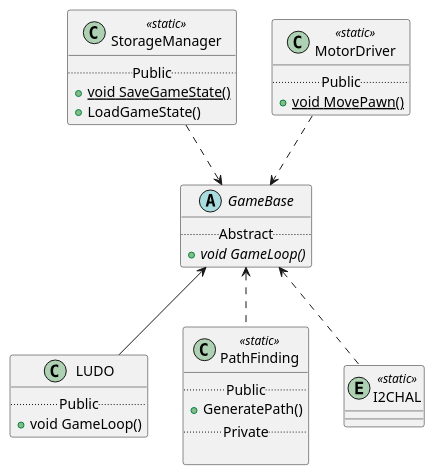
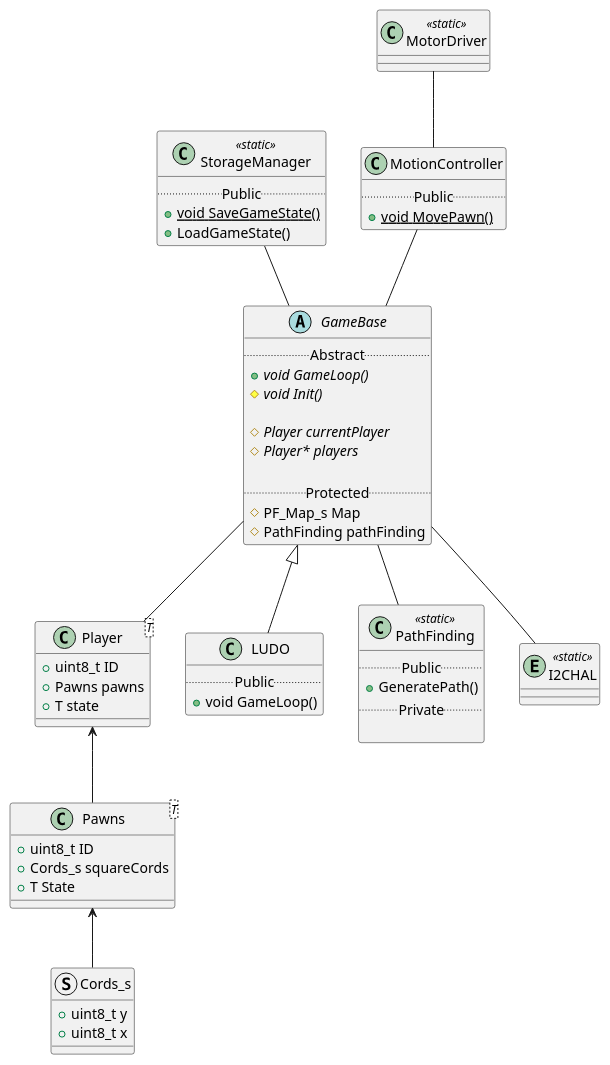
The diagram in documentation/classDiagram.plantuml (RemonZander/MTG), drawn with PlantUML before and after one commit.

Commit message:
updated class diagram

```diff
--- a/documentation/classDiagram.plantuml
+++ b/documentation/classDiagram.plantuml
@@ -1,43 +1,73 @@
 @startuml classDiagram
 abstract GameBase {
     .. Abstract ..
     {abstract} + void GameLoop()
+    {abstract} # void Init()
+
+    {abstract} # Player currentPlayer
+    {abstract} # Player* players
+
+    .. Protected ..
+    # PF_Map_s Map
+    # PathFinding pathFinding
 }
 
+class Player<T> {
+    + uint8_t ID
+    + Pawns pawns
+    + T state
+}
+
+class Pawns<T> {
+    + uint8_t ID
+    + Cords_s squareCords
+    + T State
+}
+
+struct Cords_s {
+    + uint8_t y
+    + uint8_t x
+}
 
 class LUDO {
     .. Public ..
     + void GameLoop()
 }
 
 
 class StorageManager <<static>> {
     .. Public ..
     {static} + void SaveGameState()
     + LoadGameState()
 }
 
 
-class MotorDriver <<static>> {
+class MotionController {
     .. Public ..
     {static} + void MovePawn()
+}
+
+class MotorDriver <<static>> {
+
 }
 
 class PathFinding <<static>> {
     .. Public ..
     + GeneratePath()
     .. Private ..
 
 }
 
 
 entity          I2CHAL <<static>>
 
-
-
-GameBase <--           LUDO
-StorageManager ..>     GameBase
-MotorDriver ..>        GameBase
-GameBase <..           PathFinding
-GameBase <..           I2CHAL         
+GameBase --             Player
+Pawns <--               Cords_s 
+Player <--              Pawns
+GameBase <|--           LUDO
+StorageManager --       GameBase
+MotionController --     GameBase
+MotorDriver --          MotionController
+GameBase --             PathFinding
+GameBase --             I2CHAL         
 @enduml
```
